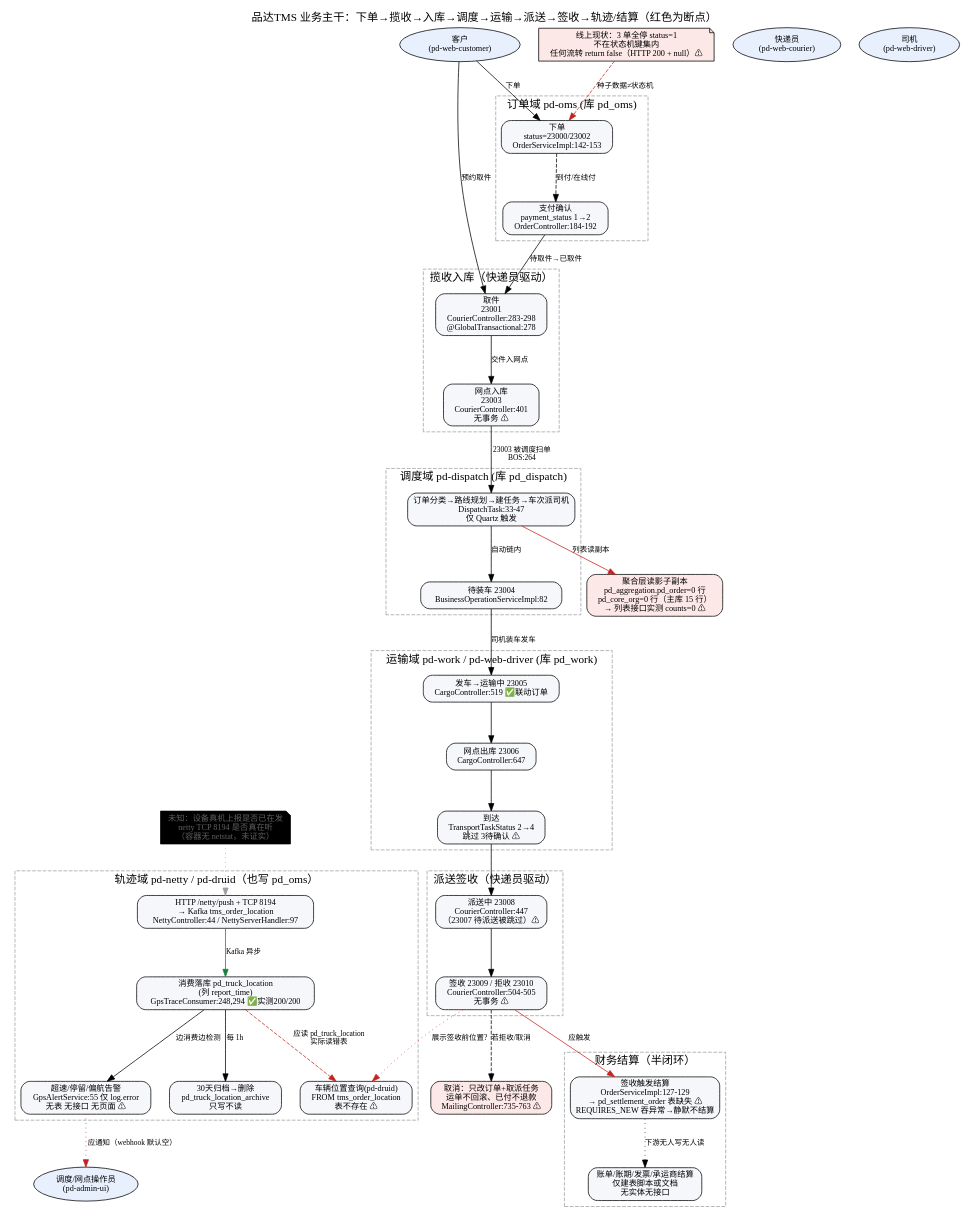
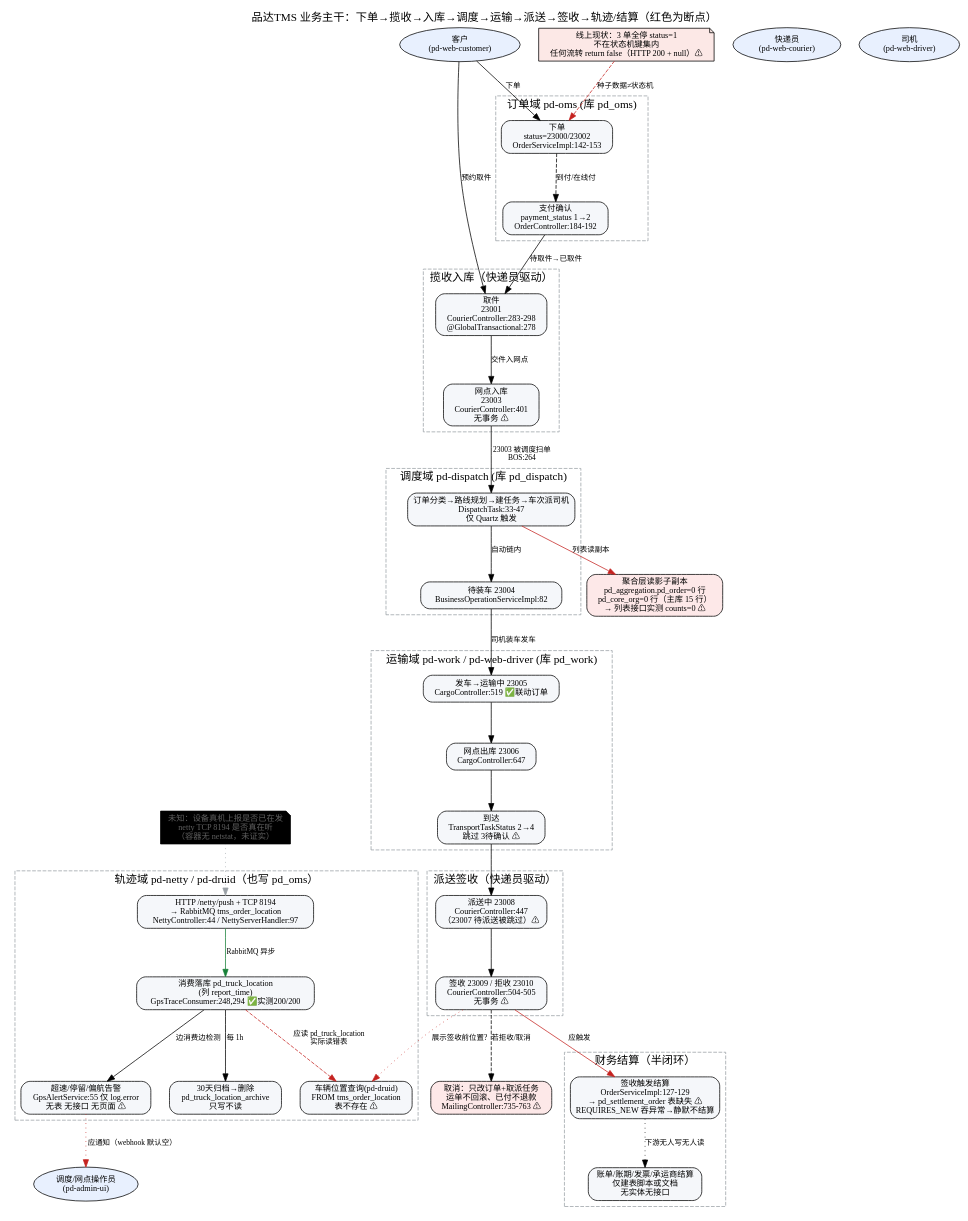
One commit to itxinfei/pinda-tms changed the diagram in docs/architecture/business-flow.dot. Above: the diagram before and after it, drawn with Graphviz. The commit also changed 955 other files, not shown here.

```diff
--- a/docs/architecture/business-flow.dot
+++ b/docs/architecture/business-flow.dot
@@ -1,84 +1,84 @@
 // 品达TMS 端到端业务流（current-state，证据标注版）
 // 生成：flow-visualizer + graphviz；基线 ecd6725 + 192.168.20.130 实测（2026-10-08）
 // 读法：实线=代码路径已证实；虚线=推断/待验证；点线=应发生但没有实现；
 //       红色节点=断点；灰色=线上无数据（该环节从未真实走通）
 digraph tms_business_flow {
   rankdir=TB;
   nodesep=0.35; ranksep=0.75;
   graph [fontname="Microsoft YaHei", labelloc=t, fontsize=15,
          label="品达TMS 业务主干：下单→揽收→入库→调度→运输→派送→签收→轨迹/结算（红色为断点）"];
   node  [fontname="Microsoft YaHei", fontsize=11, shape=box, style="rounded,filled", fillcolor="#f5f7fa"];
   edge  [fontname="Microsoft YaHei", fontsize=10];
 
   // ---------- 角色 ----------
   customer [label="客户\n(pd-web-customer)", shape=ellipse, fillcolor="#e8f0fe"];
   dispatcher [label="调度/网点操作员\n(pd-admin-ui)", shape=ellipse, fillcolor="#e8f0fe"];
   courier [label="快递员\n(pd-web-courier)", shape=ellipse, fillcolor="#e8f0fe"];
   driver [label="司机\n(pd-web-driver)", shape=ellipse, fillcolor="#e8f0fe"];
 
   // ---------- 主干业务步骤 ----------
   subgraph cluster_order { label="订单域 pd-oms (库 pd_oms)"; style=dashed; color="#9aa0a6";
     create [label="下单\nstatus=23000/23002\nOrderServiceImpl:142-153"];
     pay [label="支付确认\npayment_status 1→2\nOrderController:184-192"];
   }
   subgraph cluster_pickup { label="揽收入库（快递员驱动）"; style=dashed; color="#9aa0a6";
     picked [label="取件\n23001\nCourierController:283-298\n@GlobalTransactional:278"];
     inbound [label="网点入库\n23003\nCourierController:401\n无事务 ⚠"];
   }
   subgraph cluster_dispatch { label="调度域 pd-dispatch (库 pd_dispatch)"; style=dashed; color="#9aa0a6";
     classify [label="订单分类→路线规划→建任务→车次派司机\nDispatchTask:33-47\n仅 Quartz 触发"];
     toload [label="待装车 23004\nBusinessOperationServiceImpl:82"];
   }
   subgraph cluster_transit { label="运输域 pd-work / pd-web-driver (库 pd_work)"; style=dashed; color="#9aa0a6";
     depart [label="发车→运输中 23005\nCargoController:519 ✅联动订单"];
     exware [label="网点出库 23006\nCargoController:647"];
     arrive [label="到达\nTransportTaskStatus 2→4\n跳过 3待确认 ⚠"];
   }
   subgraph cluster_delivery { label="派送签收（快递员驱动）"; style=dashed; color="#9aa0a6";
     dispatching [label="派送中 23008\nCourierController:447\n（23007 待派送被跳过）⚠"];
     signed [label="签收 23009 / 拒收 23010\nCourierController:504-505\n无事务 ⚠"];
   }
   subgraph cluster_trace { label="轨迹域 pd-netty / pd-druid（也写 pd_oms）"; style=dashed; color="#9aa0a6";
-    gpsin [label="HTTP /netty/push + TCP 8194\n→ Kafka tms_order_location\nNettyController:44 / NettyServerHandler:97"];
+    gpsin [label="HTTP /netty/push + TCP 8194\n→ RabbitMQ tms_order_location\nNettyController:44 / NettyServerHandler:97"];
     store [label="消费落库 pd_truck_location\n(列 report_time)\nGpsTraceConsumer:248,294 ✅实测200/200"];
     alert [label="超速/停留/偏航告警\nGpsAlertService:55 仅 log.error\n无表 无接口 无页面 ⚠"];
     druid [label="车辆位置查询(pd-druid)\nFROM tms_order_location\n表不存在 ⚠"];
     archive [label="30天归档→删除\npd_truck_location_archive\n只写不读"];
   }
   subgraph cluster_finance { label="财务结算（半闭环）"; style=dashed; color="#9aa0a6";
     settle [label="签收触发结算\nOrderServiceImpl:127-129\n→ pd_settlement_order 表缺失 ⚠\nREQUIRES_NEW 吞异常→静默不结算"];
     bills [label="账单/账期/发票/承运商结算\n仅建表脚本或文档\n无实体无接口"];
   }
 
   dead [label="聚合层读影子副本\npd_aggregation.pd_order=0 行\npd_core_org=0 行（主库 15 行）\n→ 列表接口实测 counts=0 ⚠",
         fillcolor="#fde8e8", shape=box];
   seed [label="线上现状：3 单全停 status=1\n不在状态机键集内\n任何流转 return false（HTTP 200 + null）⚠",
         fillcolor="#fce8e6", shape=note];
   refund [label="取消：只改订单+取派任务\n运单不回滚、已付不退款\nMailingController:735-763 ⚠", fillcolor="#fde8e8"];
   unkn [label="未知：设备真机上报是否已在发\nnetty TCP 8194 是否真在听\n（容器无 netstat，未证实）", shape=note, fillcolor="#eee", fontcolor="#606060"];
 
   // ---------- 主干流转（实线=已证实） ----------
   customer -> create [label="下单"];
   create -> pay [label="到付/在线付", style=dashed];
   customer -> picked [label="预约取件"];
   pay -> picked [label="待取件→已取件"];
   picked -> inbound [label="交件入网点"];
   inbound -> classify [label="23003 被调度扫单\nBOS:264"];
   classify -> toload [label="自动链内"];
   toload -> depart [label="司机装车发车"];
   depart -> exware -> arrive -> dispatching -> signed;
   signed -> settle [label="应触发", color="#c5221f"];
   signed -> druid [label="展示签收前位置?", style=dotted, color="#c5221f"];
 
   // ---------- 异步旁路 ----------
-  gpsin -> store [label="Kafka 异步", color="#188038"];
+  gpsin -> store [label="RabbitMQ 异步", color="#188038"];
   store -> alert [label="边消费边检测"];
   store -> archive [label="每 1h"];
   store -> druid [label="应读 pd_truck_location\n实际读错表", color="#c5221f", style=dashed];
   alert -> dispatcher [label="应通知（webhook 默认空）", style=dotted, color="#c5221f"];
   settle -> bills [label="下游无人写无人读", style=dotted];
   signed -> refund [label="若拒收/取消", style=dashed];
   classify -> dead [label="列表读副本", color="#c5221f"];
   seed -> create [label="种子数据≠状态机", style=dashed, color="#c5221f"];
   unkn -> gpsin [style=dotted, color="#9aa0a6"];
 }
```
